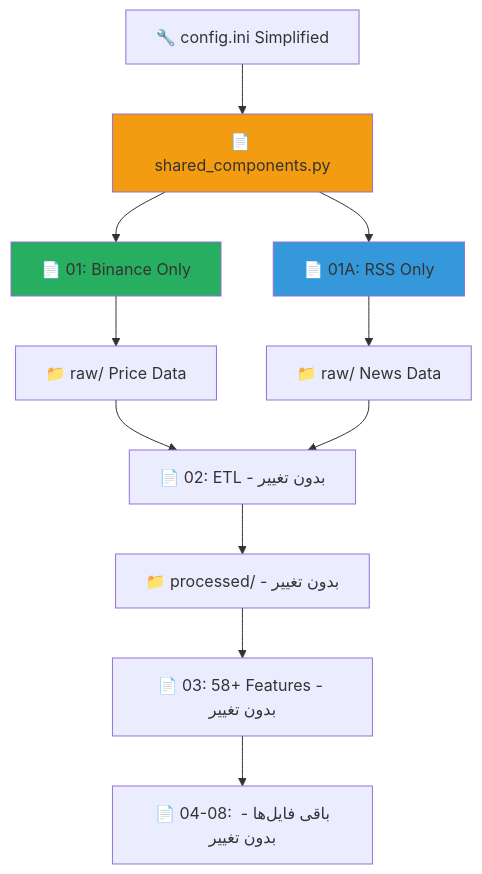
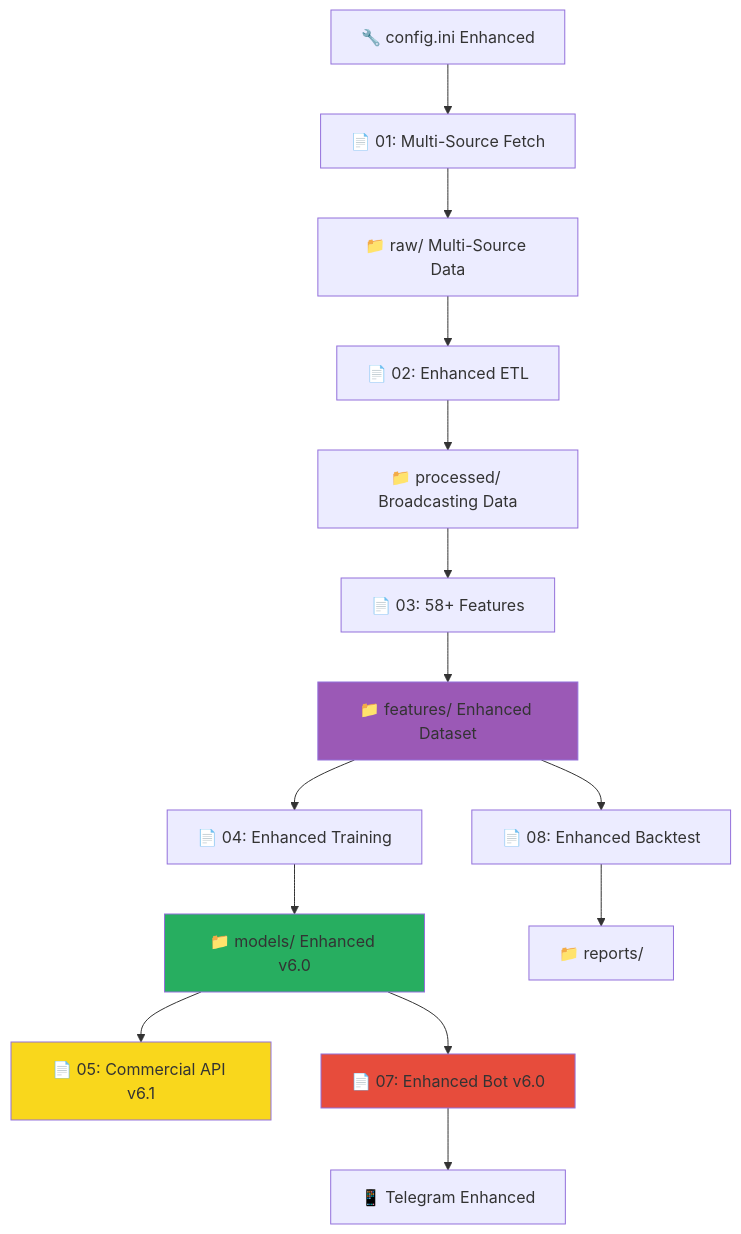
The diagram in data/scripts/readme.md (ama3639/MachineLearning), drawn with Mermaid before and after one commit. The commit also changed other lines of this file and 4 other files, not shown here.

````diff
--- a/data/scripts/readme.md
+++ b/data/scripts/readme.md
@@ -273,17 +408,15 @@
 ```mermaid
 graph TB
-    A[🔧 config.ini Simplified] --> B[📄 shared_components.py]
-    B --> C[📄 01: Binance Only]
-    B --> D[📄 01A: RSS Only]
-    C --> E[📁 raw/ Price Data]
-    D --> F[📁 raw/ News Data]
-    E --> G[📄 02: ETL - بدون تغییر]
-    F --> G
-    G --> H[📁 processed/ - بدون تغییر]
-    H --> I[📄 03: 58+ Features - بدون تغییر]
-    I --> J[📄 04-08: باقی فایل‌ها - بدون تغییر]
+    A[🔧 config.ini Enhanced] --> B[📄 01: Multi-Source Fetch]
+    B --> C[📁 raw/ Multi-Source Data] --> D[📄 02: Enhanced ETL]
+    D --> E[📁 processed/ Broadcasting Data] --> F[📄 03: 58+ Features]
+    F --> G[📁 features/ Enhanced Dataset] --> H[📄 04: Enhanced Training]
+    H --> I[📁 models/ Enhanced v6.0] --> J[📄 05: Commercial API v6.1]
+    I --> L[📄 07: Enhanced Bot v6.0] --> M[📱 Telegram Enhanced]
+    G --> P[📄 08: Enhanced Backtest] --> Q[📁 reports/]
     
-    style C fill:#27ae60
-    style D fill:#3498db
-    style B fill:#f39c12
+    style I fill:#27ae60
+    style L fill:#e74c3c
+    style J fill:#f9d71c
+    style G fill:#9b59b6
 ```
````
